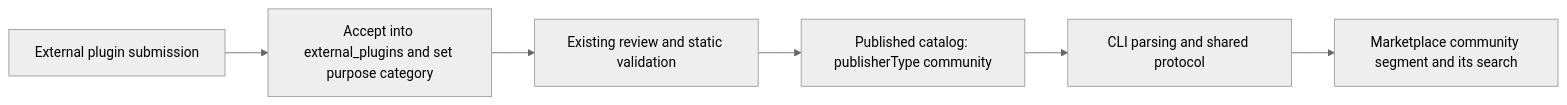
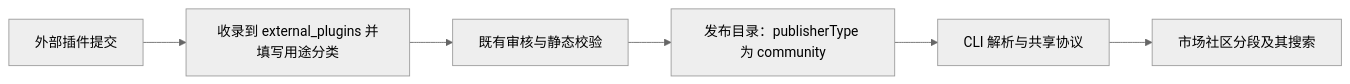
The first of 5 diagrams in docs/plugins/plugin-market-interactions-scope.md (osben/ZCode), drawn with Mermaid (neutral theme) before and after one commit. The commit also changed other lines of this file and 5391 other files, not shown here.

````diff
--- a/docs/plugins/plugin-market-interactions-scope.md
+++ b/docs/plugins/plugin-market-interactions-scope.md
@@ -52,8 +57,8 @@
 ```mermaid
 flowchart LR
-  A[External plugin submission] --> B[Accept into external_plugins and set purpose category]
-  B --> C[Existing review and static validation]
-  C --> D[Published catalog: publisherType community]
-  D --> E[CLI parsing and shared protocol]
-  E --> F[Marketplace community segment and its search]
+  A[外部插件提交] --> B[收录到 external_plugins 并填写用途分类]
+  B --> C[既有审核与静态校验]
+  C --> D[发布目录：publisherType 为 community]
+  D --> E[CLI 解析与共享协议]
+  E --> F[市场社区分段及其搜索]
 ```
````
